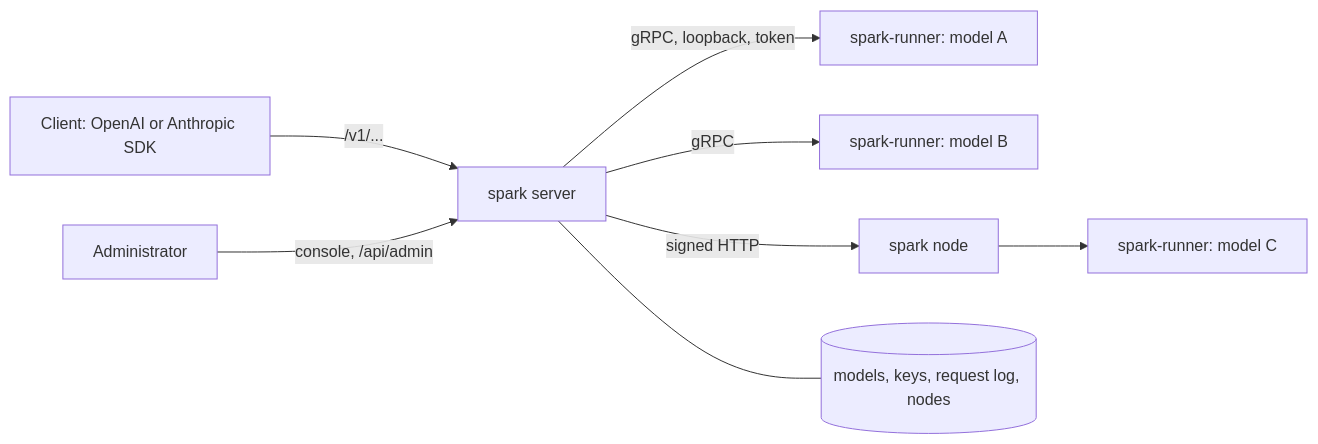
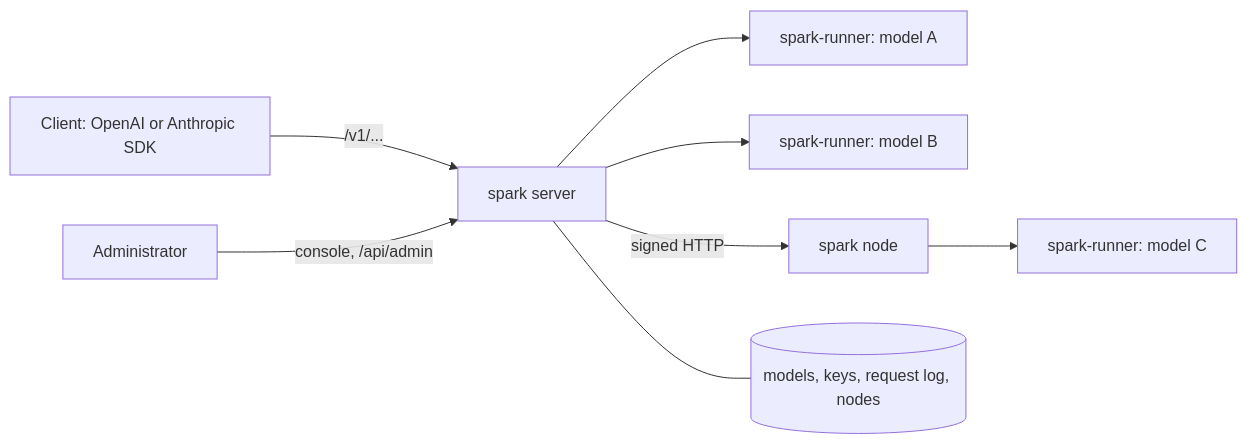
One commit to curiosity-ai/spark changed the diagram in README.md. Above: the diagram before and after it, drawn with Mermaid. The commit also changed other lines of this file, not shown here.

````diff
--- a/README.md
+++ b/README.md
@@ -337,9 +337,9 @@
 ```mermaid
 flowchart LR
     C[Client: OpenAI or Anthropic SDK] -->|/v1/...| S[spark server]
     A[Administrator] -->|console, /api/admin| S
-    S -->|gRPC, loopback, token| R1[spark-runner: model A]
-    S -->|gRPC| R2[spark-runner: model B]
+    S --> R1[spark-runner: model A]
+    S --> R2[spark-runner: model B]
     S -->|signed HTTP| N[spark node] --> R3[spark-runner: model C]
     S --- DB[(models, keys, request log, nodes)]
 ```
````
